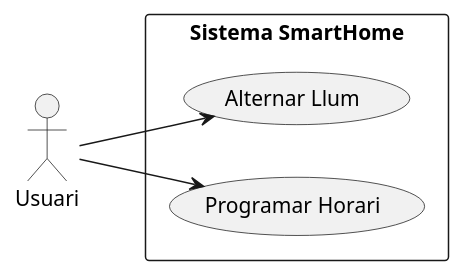
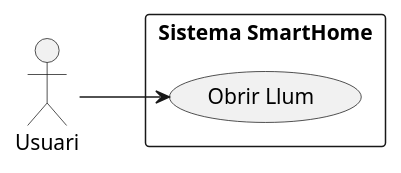
One commit to jraichs01/exemple_UML_Sequencia changed the diagram in Activitat 6.3_B_Sistema_Domòtic/UML_A6_3_Casos_us.puml. Above: the diagram before and after it, drawn with PlantUML. The commit also changed 10 other files, not shown here.

```diff
--- a/Activitat 6.3_B_Sistema_Domòtic/UML_A6_3_Casos_us.puml
+++ b/Activitat 6.3_B_Sistema_Domòtic/UML_A6_3_Casos_us.puml
@@ -1,12 +1,11 @@
 @startuml
 left to right direction
 actor Usuari
 
 rectangle "Sistema SmartHome" {
-  usecase "Alternar Llum" as UC1
-  usecase "Programar Horari" as UC2
+  usecase "Obrir Llum" as UC1
 }
 
 Usuari --> UC1
-Usuari --> UC2
+
 @enduml
```
